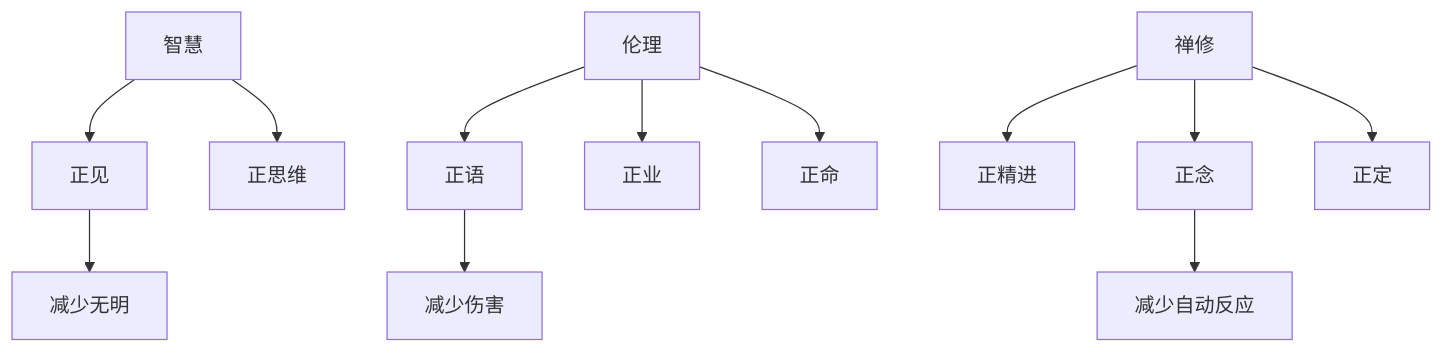
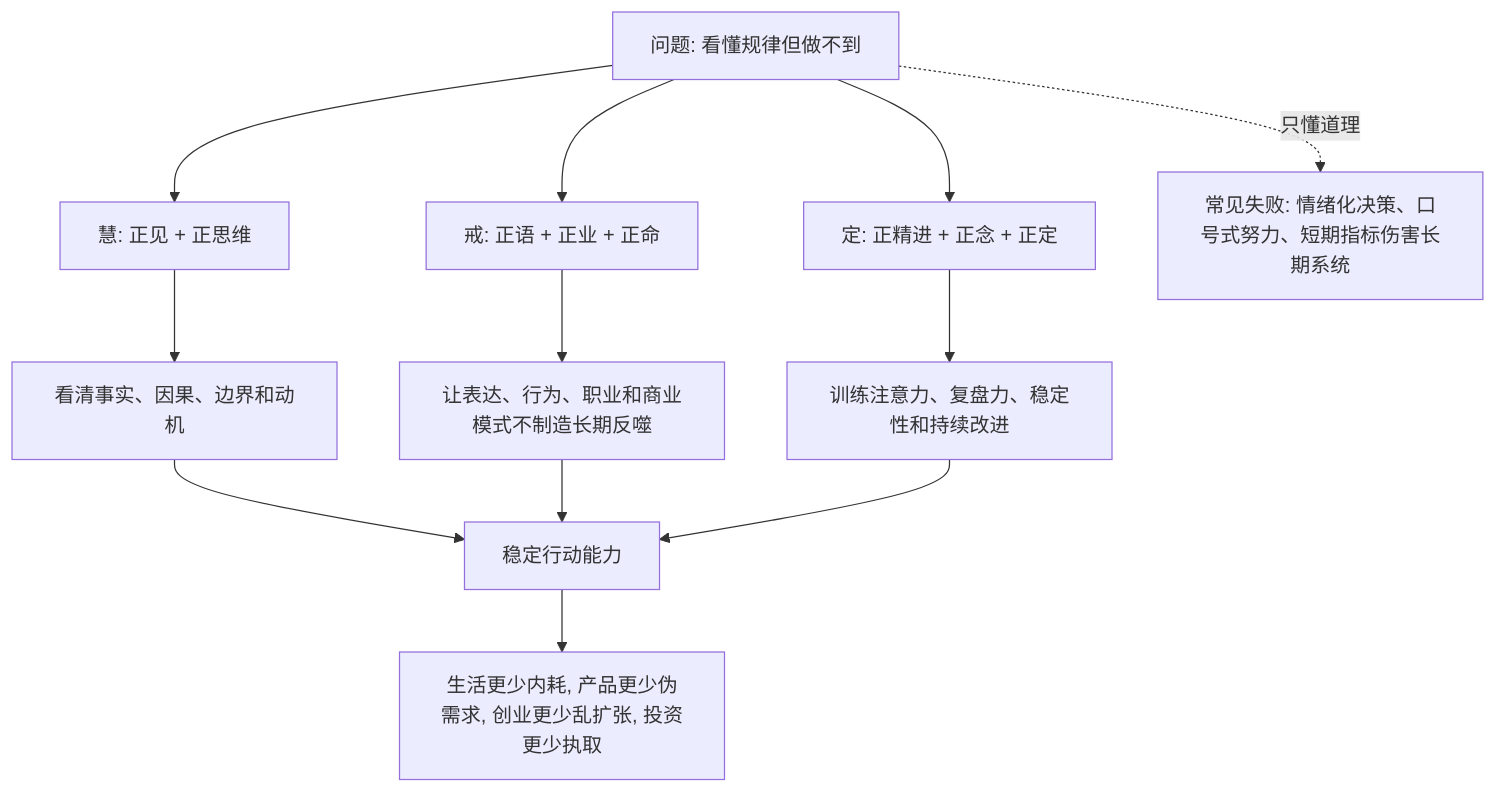
The diagram in 202605/20260518_67.md (digoal/blog), drawn with Mermaid before and after one commit. The commit also changed other lines of this file and 15 other files, not shown here.

````diff
--- a/202605/20260518_67.md
+++ b/202605/20260518_67.md
@@ -22,14 +24,14 @@
 ```mermaid
 flowchart TD
-  A["智慧"] --> A1["正见"]
-  A --> A2["正思维"]
-  B["伦理"] --> B1["正语"]
-  B --> B2["正业"]
-  B --> B3["正命"]
-  C["禅修"] --> C1["正精进"]
-  C --> C2["正念"]
-  C --> C3["正定"]
-  A1 --> D["减少无明"]
-  B1 --> E["减少伤害"]
-  C2 --> F["减少自动反应"]
+  A["问题: 看懂规律但做不到"] --> B["慧: 正见 + 正思维"]
+  A --> C["戒: 正语 + 正业 + 正命"]
+  A --> D["定: 正精进 + 正念 + 正定"]
+  B --> E["看清事实、因果、边界和动机"]
+  C --> F["让表达、行为、职业和商业模式不制造长期反噬"]
+  D --> G["训练注意力、复盘力、稳定性和持续改进"]
+  E --> H["稳定行动能力"]
+  F --> H
+  G --> H
+  H --> I["生活更少内耗, 产品更少伪需求, 创业更少乱扩张, 投资更少执取"]
+  A -. "只懂道理" .-> J["常见失败: 情绪化决策、口号式努力、短期指标伤害长期系统"]
 ```
````
